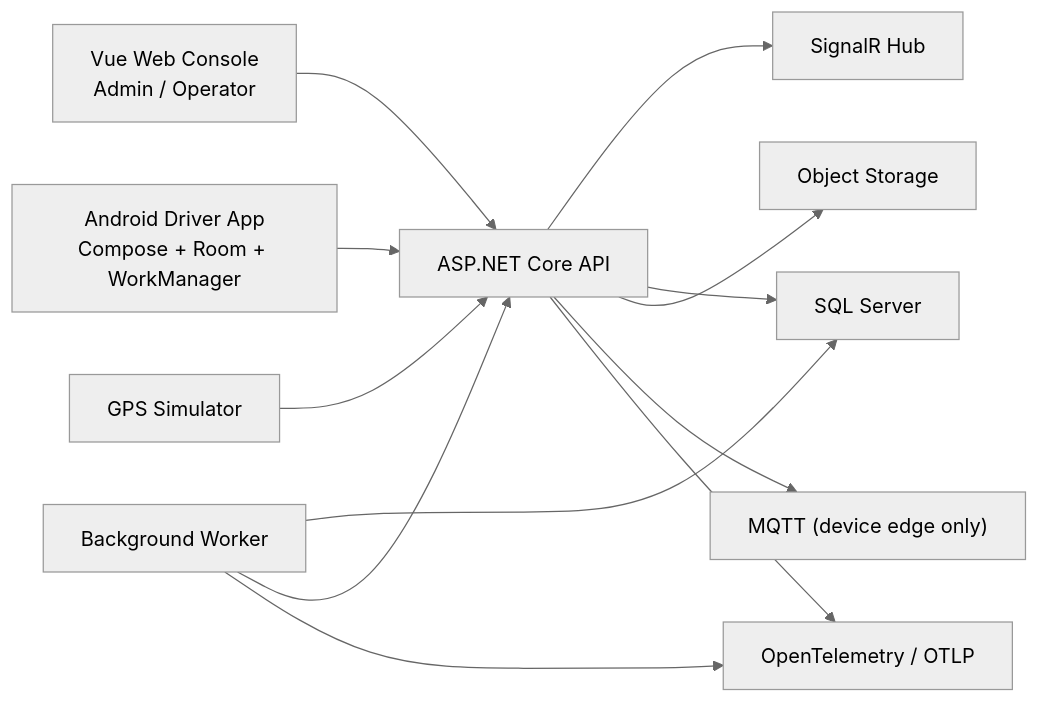
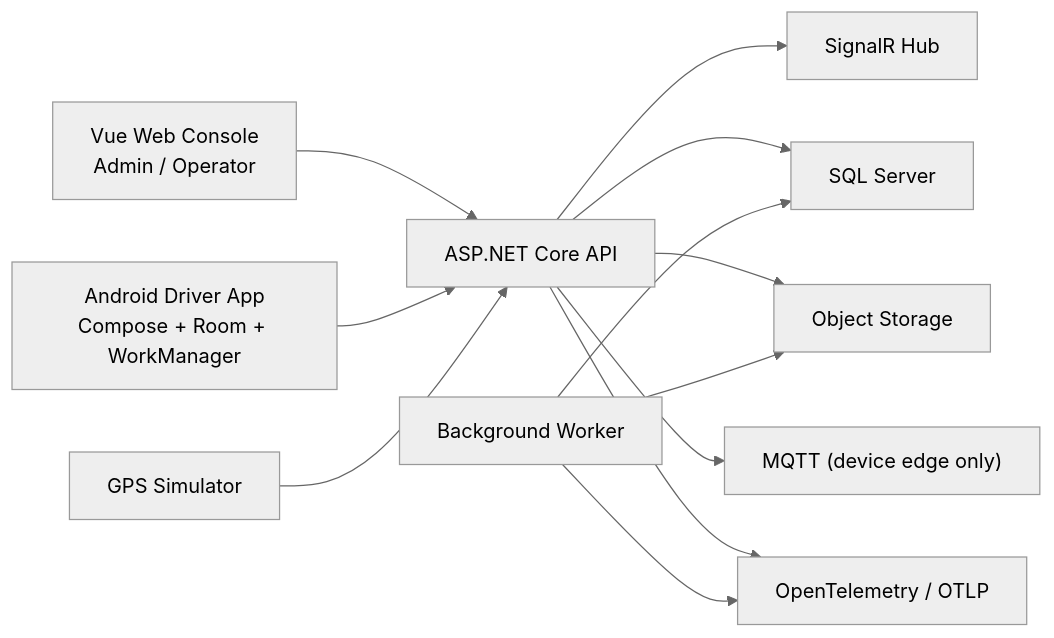
Before and after one commit to VirgileDjimgou/Orkystra: the first of 15 diagrams in README.md, drawn with Mermaid (neutral theme). The commit also changed other lines of this file and 37 other files, not shown here.

````diff
--- a/README.md
+++ b/README.md
@@ -57,14 +58,14 @@
 ```mermaid
 flowchart LR
     Web["Vue Web Console<br/>Admin / Operator"] --> Api["ASP.NET Core API"]
     Android["Android Driver App<br/>Compose + Room + WorkManager"] --> Api
     Simulator["GPS Simulator"] --> Api
     Api --> SignalR["SignalR Hub"]
     Api --> Db["SQL Server"]
     Api --> ObjectStore["Object Storage"]
     Api --> Mqtt["MQTT (device edge only)"]
     Worker["Background Worker"] --> Db
-    Worker --> Api
+    Worker --> ObjectStore
     Api --> OTel["OpenTelemetry / OTLP"]
     Worker --> OTel
 ```
````
